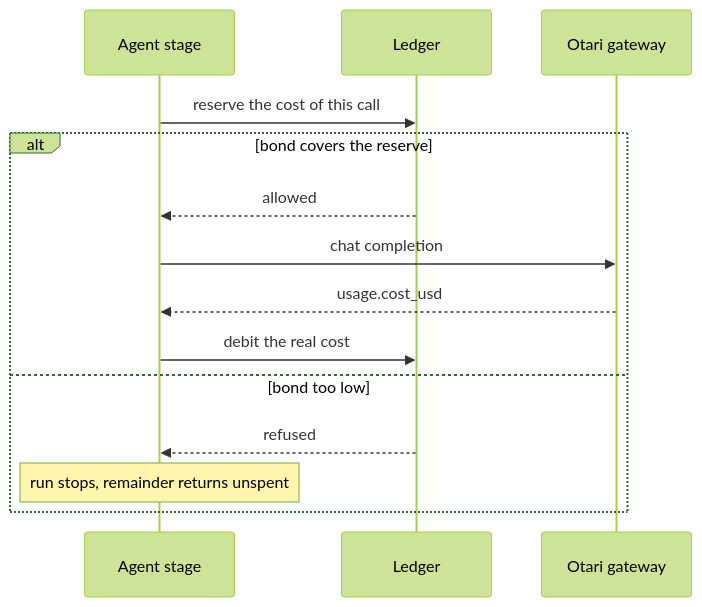
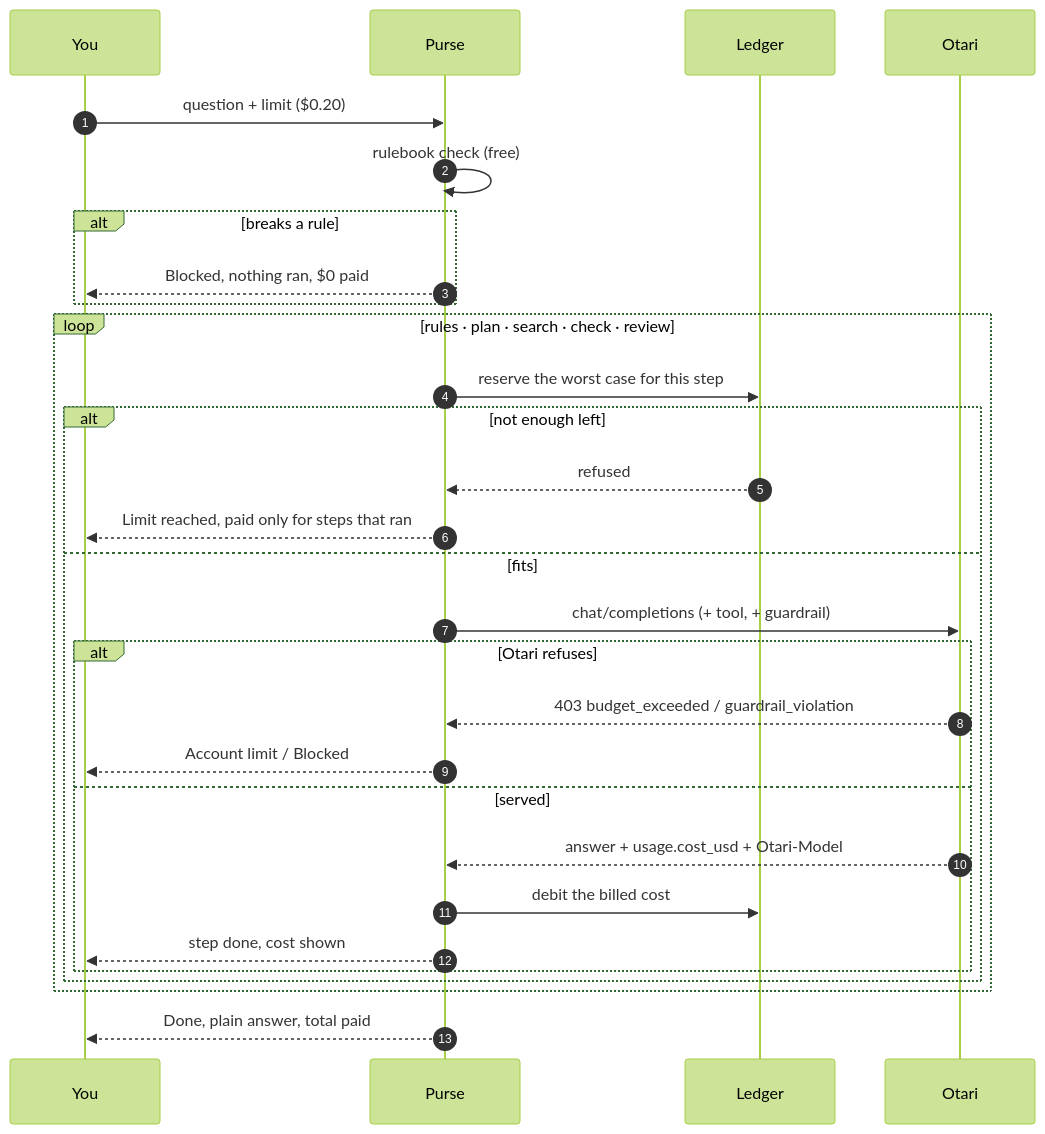
Before and after one commit to thesithunyein/purse: the second of 3 diagrams in README.md, drawn with Mermaid (forest theme). The commit also changed other lines of this file and 11 other files, not shown here.

First line of the commit message:
Add product README, diagrams, license and project policies

````diff
--- a/README.md
+++ b/README.md
@@ -76,16 +97,32 @@
 ```mermaid
 sequenceDiagram
-    participant A as Agent stage
+    autonumber
+    participant U as You
+    participant P as Purse
     participant L as Ledger
-    participant O as Otari gateway
-    A->>L: reserve the cost of this call
-    alt bond covers the reserve
-        L-->>A: allowed
-        A->>O: chat completion
-        O-->>A: usage.cost_usd
-        A->>L: debit the real cost
-    else bond too low
-        L-->>A: refused
-        Note over A: run stops, remainder returns unspent
+    participant O as Otari
+
+    U->>P: question + limit ($0.20)
+    P->>P: rulebook check (free)
+    alt breaks a rule
+        P-->>U: Blocked, nothing ran, $0 paid
     end
+    loop rules · plan · search · check · review
+        P->>L: reserve the worst case for this step
+        alt not enough left
+            L-->>P: refused
+            P-->>U: Limit reached, paid only for steps that ran
+        else fits
+            P->>O: chat/completions (+ tool, + guardrail)
+            alt Otari refuses
+                O-->>P: 403 budget_exceeded / guardrail_violation
+                P-->>U: Account limit / Blocked
+            else served
+                O-->>P: answer + usage.cost_usd + Otari-Model
+                P->>L: debit the billed cost
+                P-->>U: step done, cost shown
+            end
+        end
+    end
+    P-->>U: Done, plain answer, total paid
 ```
````
